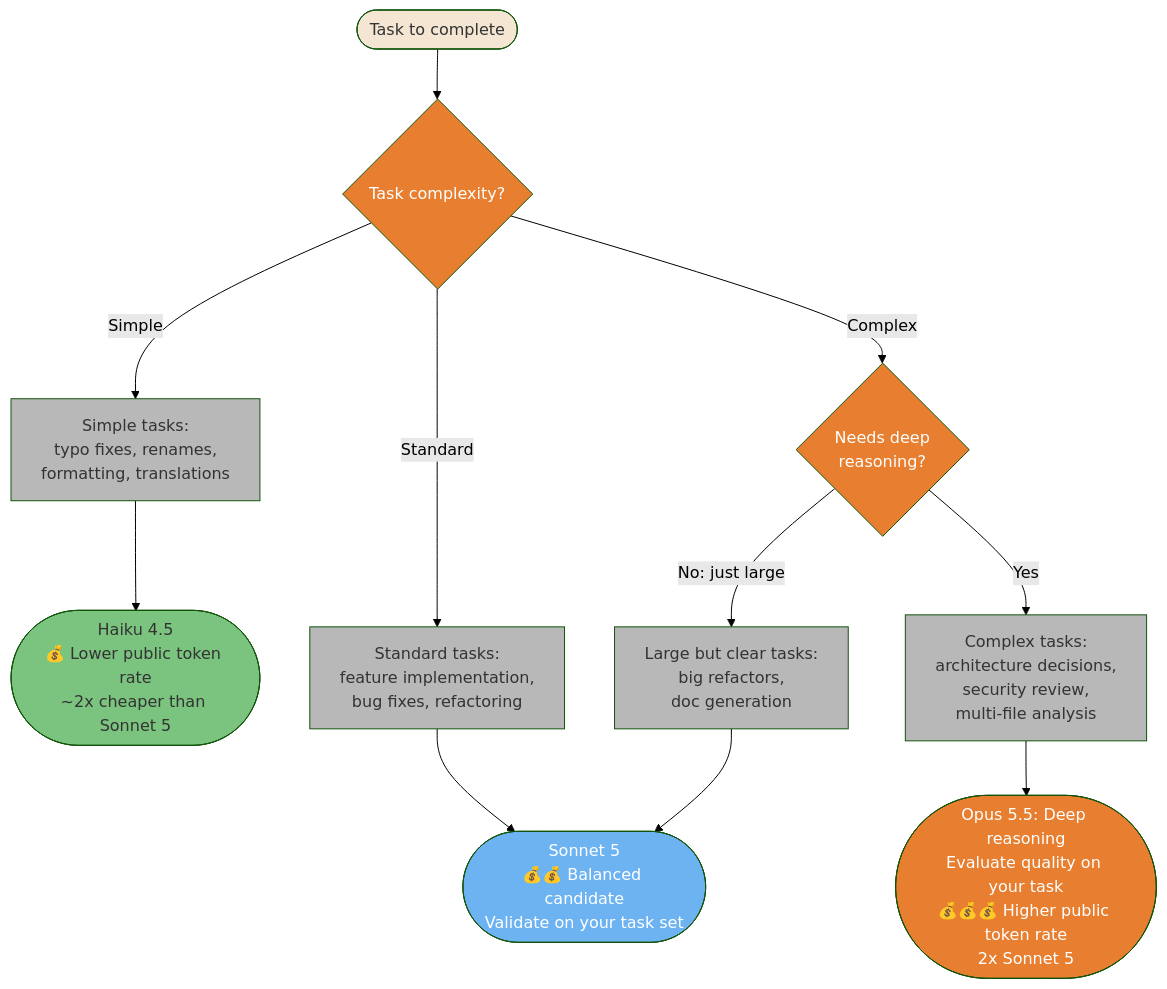
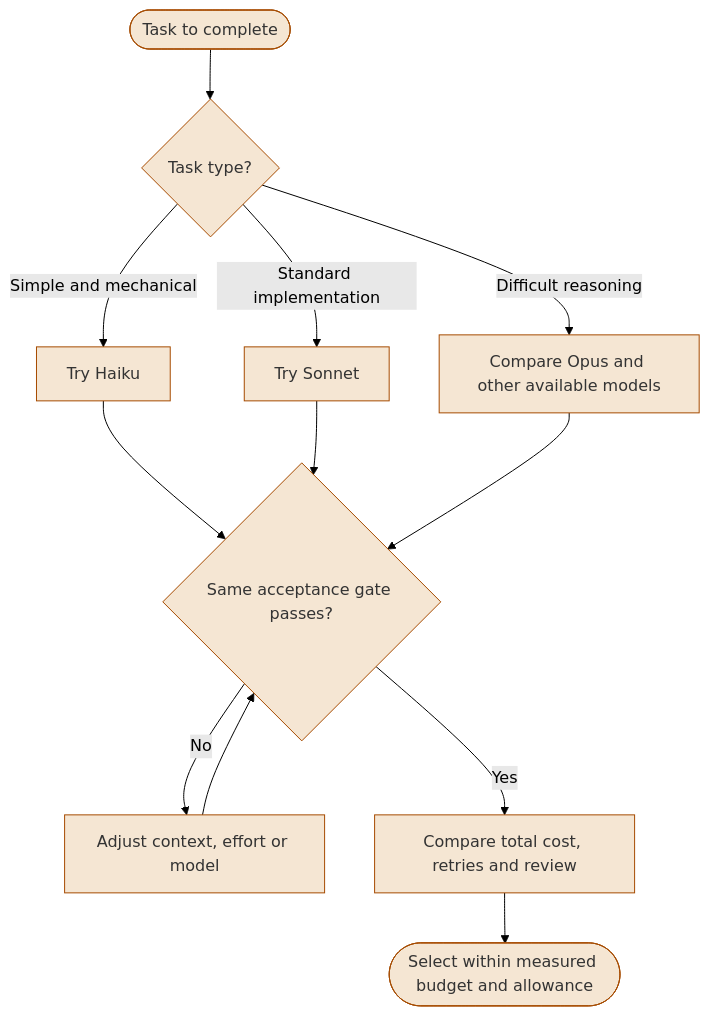
Before and after one commit to FlorianBruniaux/claude-code-ultimate-guide: the first of 4 diagrams in guide/diagrams/09-cost-and-optimization.md, drawn with Mermaid (forest theme). The commit also changed other lines of this file and 17 other files, not shown here.

Commit message:
docs: refresh all diagrams and correct their source guidance

````diff
--- a/guide/diagrams/09-cost-and-optimization.md
+++ b/guide/diagrams/09-cost-and-optimization.md
@@ -19,39 +17,26 @@
 ```mermaid
 flowchart TD
-    A([Task to complete]) --> B{Task complexity?}
+    A([Task to complete]) --> B{Task type?}
+    B -->|Simple and mechanical| C[Try Haiku]
+    B -->|Standard implementation| D[Try Sonnet]
+    B -->|Difficult reasoning| E[Compare Opus and other available models]
+    C --> F{Same acceptance gate passes?}
+    D --> F
+    E --> F
+    F -->|No| G[Adjust context, effort or model]
+    G --> F
+    F -->|Yes| H[Compare total cost, retries and review]
+    H --> I([Select within measured budget and allowance])
 
-    B -->|Simple| C["Simple tasks:<br/>typo fixes, renames,<br/>formatting, translations"]
-    C --> D([Haiku 4.5<br/>💰 Lower public token rate<br/>~2x cheaper than Sonnet 5])
-
-    B -->|Standard| E["Standard tasks:<br/>feature implementation,<br/>bug fixes, refactoring"]
-    E --> F([Sonnet 5<br/>💰💰 Balanced candidate<br/>Validate on your task set])
-
-    B -->|Complex| G{Needs deep<br/>reasoning?}
-    G -->|Yes| H["Complex tasks:<br/>architecture decisions,<br/>security review,<br/>multi-file analysis"]
-    H --> I([Opus 5.5: Deep reasoning<br/>Evaluate quality on your task<br/>💰💰💰 Higher public token rate<br/>2x Sonnet 5])
-
-    G -->|No: just large| J["Large but clear tasks:<br/>big refactors,<br/>doc generation"]
-    J --> F
-
-    style A fill:#F5E6D3,color:#333
-    style B fill:#E87E2F,color:#fff
-    style G fill:#E87E2F,color:#fff
-    style D fill:#7BC47F,color:#333
-    style F fill:#6DB3F2,color:#fff
-    style I fill:#E87E2F,color:#fff
-    style C fill:#B8B8B8,color:#333
-    style E fill:#B8B8B8,color:#333
-    style H fill:#B8B8B8,color:#333
-    style J fill:#B8B8B8,color:#333
-
-    click A href "https://github.com/FlorianBruniaux/claude-code-ultimate-guide/blob/main/guide/ultimate-guide.md#25-model-selection--thinking-guide" "Task to complete"
-    click B href "https://github.com/FlorianBruniaux/claude-code-ultimate-guide/blob/main/guide/ultimate-guide.md#25-model-selection--thinking-guide" "Task complexity?"
-    click C href "https://github.com/FlorianBruniaux/claude-code-ultimate-guide/blob/main/guide/ultimate-guide.md#25-model-selection--thinking-guide" "Simple tasks"
-    click D href "https://github.com/FlorianBruniaux/claude-code-ultimate-guide/blob/main/guide/ultimate-guide.md#25-model-selection--thinking-guide" "Haiku 4.5"
-    click E href "https://github.com/FlorianBruniaux/claude-code-ultimate-guide/blob/main/guide/ultimate-guide.md#25-model-selection--thinking-guide" "Standard tasks"
-    click F href "https://github.com/FlorianBruniaux/claude-code-ultimate-guide/blob/main/guide/ultimate-guide.md#25-model-selection--thinking-guide" "Sonnet 5"
-    click G href "https://github.com/FlorianBruniaux/claude-code-ultimate-guide/blob/main/guide/ultimate-guide.md#25-model-selection--thinking-guide" "Needs deep reasoning?"
-    click H href "https://github.com/FlorianBruniaux/claude-code-ultimate-guide/blob/main/guide/ultimate-guide.md#25-model-selection--thinking-guide" "Complex tasks"
-    click I href "https://github.com/FlorianBruniaux/claude-code-ultimate-guide/blob/main/guide/ultimate-guide.md#25-model-selection--thinking-guide" "Opus 5.5 / Sonnet with explicit effort"
-    click J href "https://github.com/FlorianBruniaux/claude-code-ultimate-guide/blob/main/guide/ultimate-guide.md#25-model-selection--thinking-guide" "Large but clear tasks"
+    classDef diagramNode fill:#F5E6D3,color:#333,stroke:#A64B00
+    class A,B,C,D,E,F,G,H,I diagramNode
+    click A href "https://github.com/FlorianBruniaux/claude-code-ultimate-guide/blob/main/guide/ultimate-guide.md#25-model-selection--thinking-guide" "View in guide"
+    click B href "https://github.com/FlorianBruniaux/claude-code-ultimate-guide/blob/main/guide/ultimate-guide.md#25-model-selection--thinking-guide" "View in guide"
+    click C href "https://github.com/FlorianBruniaux/claude-code-ultimate-guide/blob/main/guide/ultimate-guide.md#25-model-selection--thinking-guide" "View in guide"
+    click D href "https://github.com/FlorianBruniaux/claude-code-ultimate-guide/blob/main/guide/ultimate-guide.md#25-model-selection--thinking-guide" "View in guide"
+    click E href "https://github.com/FlorianBruniaux/claude-code-ultimate-guide/blob/main/guide/ultimate-guide.md#25-model-selection--thinking-guide" "View in guide"
+    click F href "https://github.com/FlorianBruniaux/claude-code-ultimate-guide/blob/main/guide/ultimate-guide.md#25-model-selection--thinking-guide" "View in guide"
+    click G href "https://github.com/FlorianBruniaux/claude-code-ultimate-guide/blob/main/guide/ultimate-guide.md#25-model-selection--thinking-guide" "View in guide"
+    click H href "https://github.com/FlorianBruniaux/claude-code-ultimate-guide/blob/main/guide/ultimate-guide.md#25-model-selection--thinking-guide" "View in guide"
+    click I href "https://github.com/FlorianBruniaux/claude-code-ultimate-guide/blob/main/guide/ultimate-guide.md#25-model-selection--thinking-guide" "View in guide"
 ```
````
